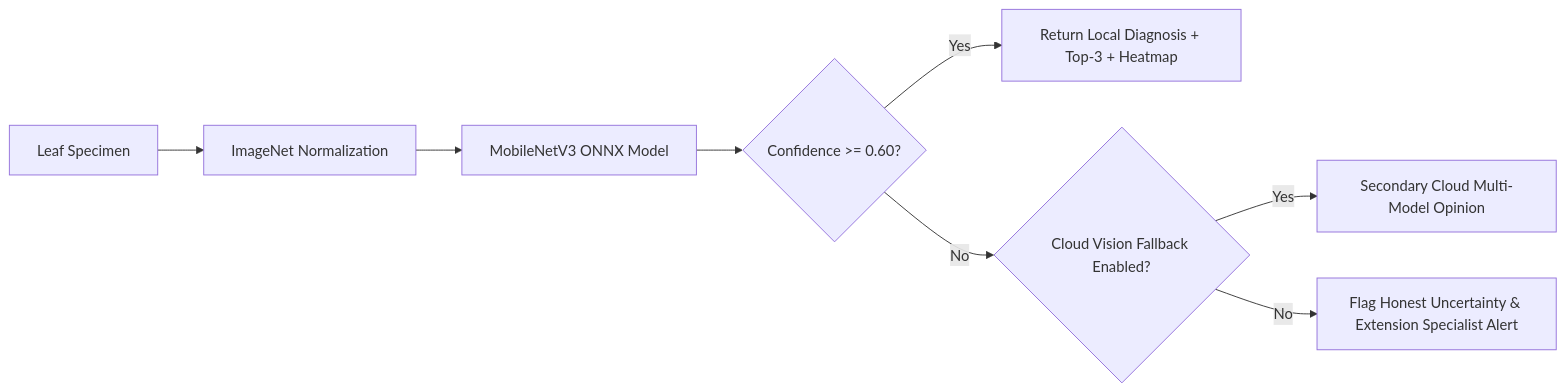
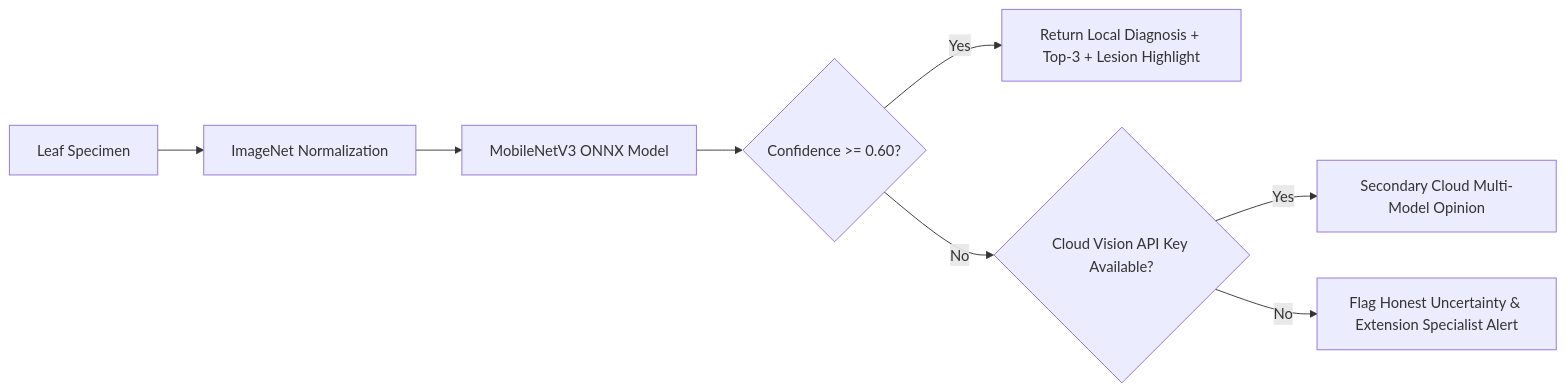
The second of 2 diagrams in README.md (zaid-mian/agrivision-ai), drawn with Mermaid before and after one commit. The commit also changed other lines of this file and 8 other files, not shown here.

````diff
--- a/README.md
+++ b/README.md
@@ -108,12 +108,12 @@
 ```mermaid
 flowchart LR
     Img[Leaf Specimen] --> Preprocess[ImageNet Normalization]
     Preprocess --> ONNX[MobileNetV3 ONNX Model]
     ONNX --> Conf{Confidence >= 0.60?}
     
-    Conf -- Yes --> LocalDiag[Return Local Diagnosis + Top-3 + Heatmap]
-    Conf -- No --> ApiCheck{Cloud Vision Fallback Enabled?}
+    Conf -- Yes --> LocalDiag[Return Local Diagnosis + Top-3 + Lesion Highlight]
+    Conf -- No --> ApiCheck{Cloud Vision API Key Available?}
     
     ApiCheck -- Yes --> CloudVision[Secondary Cloud Multi-Model Opinion]
     ApiCheck -- No --> Uncertain[Flag Honest Uncertainty & Extension Specialist Alert]
 ```
````
